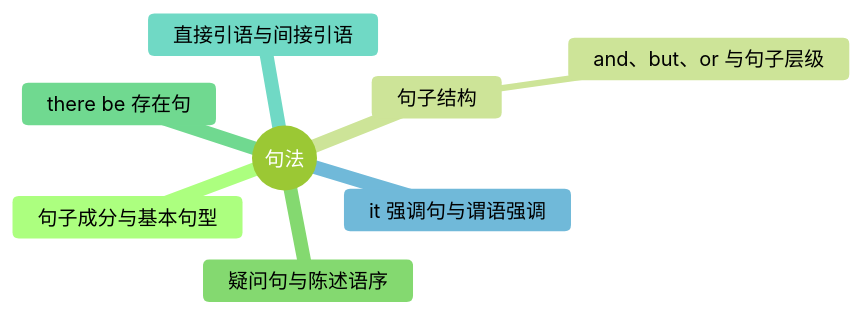
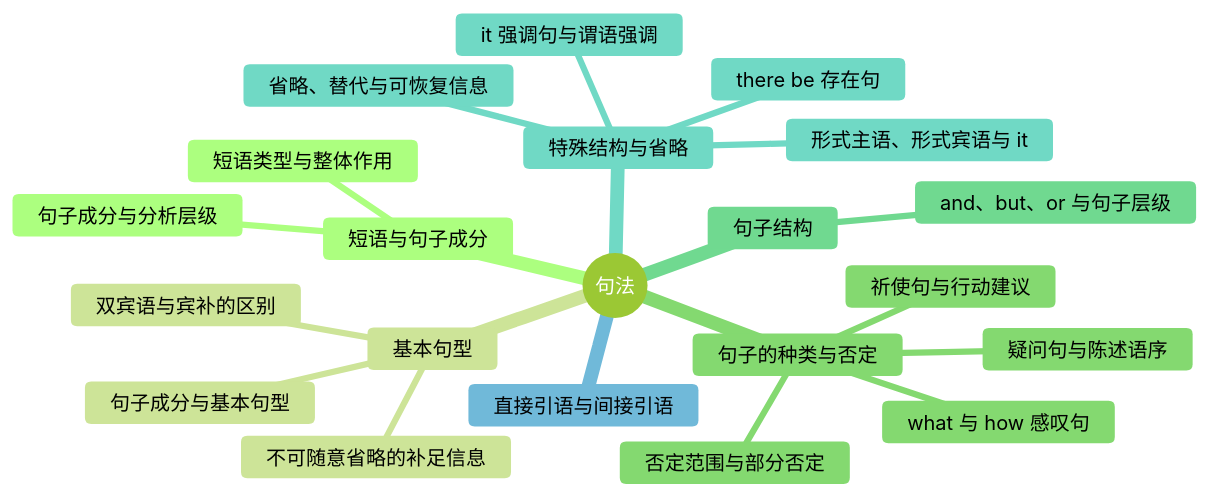
One commit to FitzLeewenlei/grammar changed the third of 11 diagrams in grammar-mindmaps.md. Above: the diagram before and after it, drawn with Mermaid (forest theme). The commit also changed other lines of this file and 15 other files, not shown here.

````diff
--- a/grammar-mindmaps.md
+++ b/grammar-mindmaps.md
@@ -62,11 +67,24 @@
 ```mermaid
 mindmap
   root((句法))
-    句子成分与基本句型
+    短语与句子成分
+      短语类型与整体作用
+      句子成分与分析层级
+    基本句型
+      句子成分与基本句型
+      双宾语与宾补的区别
+      不可随意省略的补足信息
+    句子的种类与否定
+      疑问句与陈述语序
+      祈使句与行动建议
+      what 与 how 感叹句
+      否定范围与部分否定
     句子结构
       and、but、or 与句子层级
-    疑问句与陈述语序
-    there be 存在句
+    特殊结构与省略
+      there be 存在句
+      it 强调句与谓语强调
+      形式主语、形式宾语与 it
+      省略、替代与可恢复信息
     直接引语与间接引语
-    it 强调句与谓语强调
 ```
````
